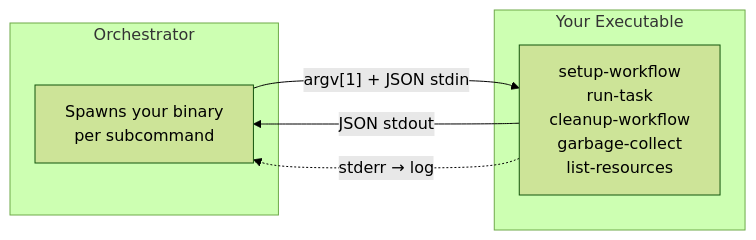
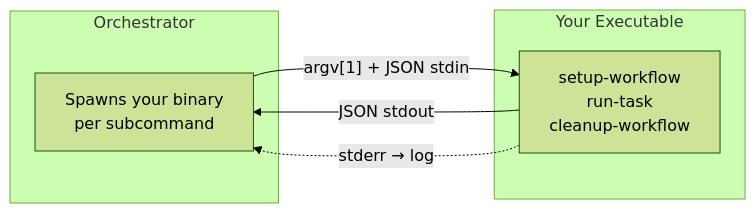
One commit to game-ci/orchestrator changed the second of 2 diagrams in README.md. Above: the diagram before and after it, drawn with Mermaid (forest theme). The commit also changed other lines of this file, not shown here.

````diff
--- a/README.md
+++ b/README.md
@@ -310,12 +128,12 @@
 ```mermaid
 flowchart LR
   subgraph orch["Orchestrator"]
     O["Spawns your binary<br/>per subcommand"]
   end
   subgraph exec["Your Executable"]
-    E["setup-workflow<br/>run-task<br/>cleanup-workflow<br/>garbage-collect<br/>list-resources"]
+    E["setup-workflow<br/>run-task<br/>cleanup-workflow"]
   end
   O -- "argv[1] + JSON stdin" --> E
   E -- "JSON stdout" --> O
   E -. "stderr → log" .-> O
 ```
````
